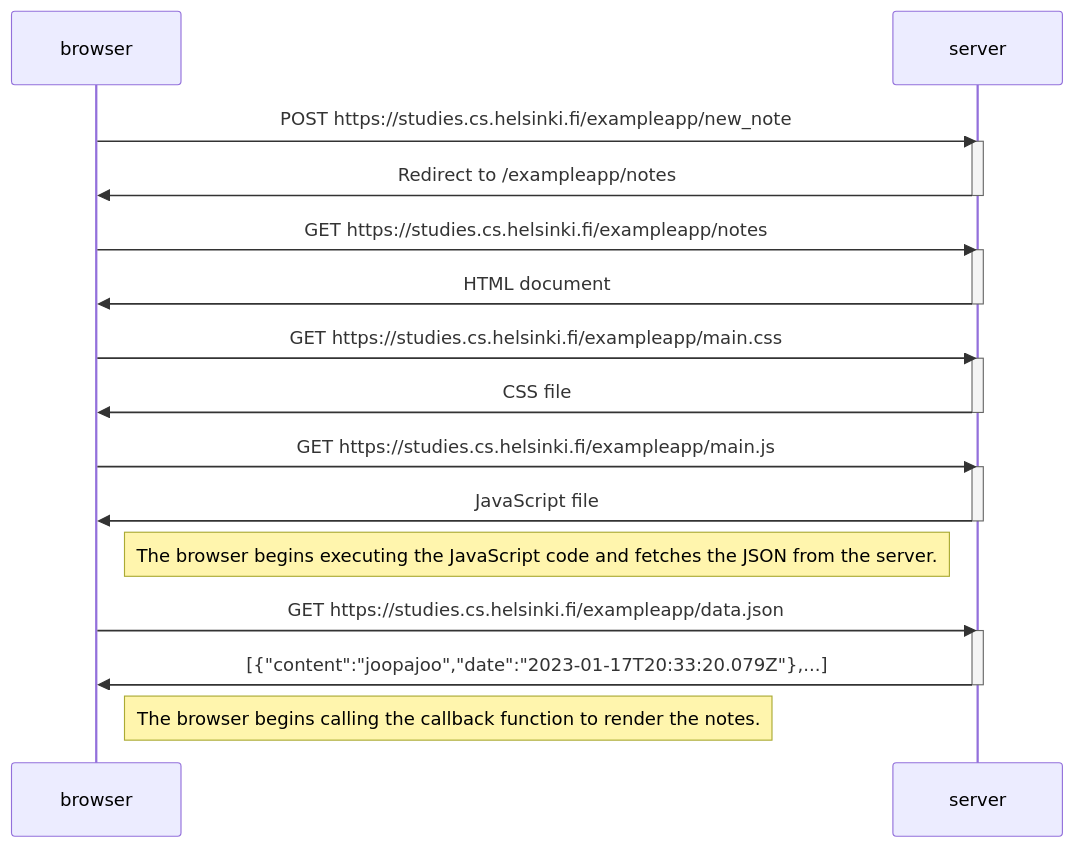
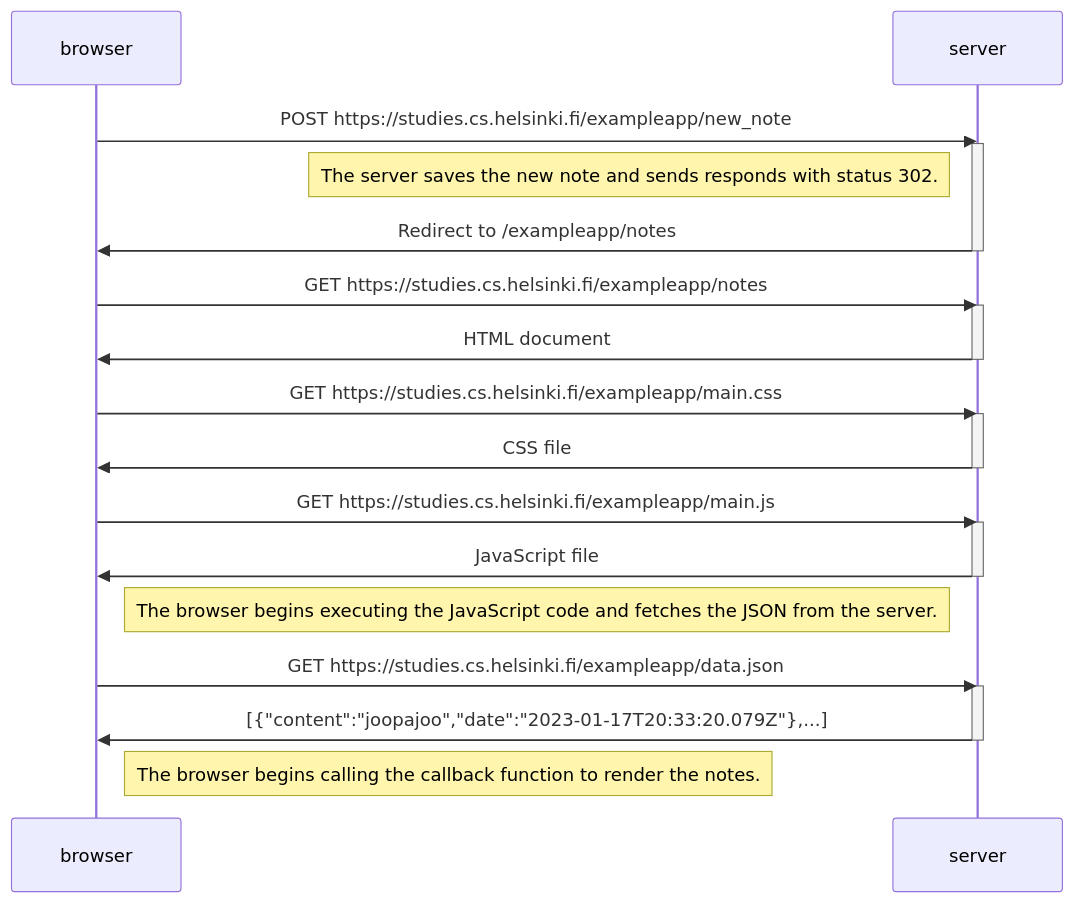
One commit to rtapper1/fullstackopen2022 changed the diagram in Osa0/0-4 Uusi muistiinpano.md. Above: the diagram before and after it, drawn with Mermaid.

Commit message:
Added a note

````diff
--- a/Osa0/0-4 Uusi muistiinpano.md
+++ b/Osa0/0-4 Uusi muistiinpano.md
@@ -1,34 +1,35 @@
 ```mermaid
 sequenceDiagram;
     participant browser;
     participant server;
 
     browser->>server: POST https://studies.cs.helsinki.fi/exampleapp/new_note;
     activate server;
+    Note left of server: The server saves the new note and sends responds with status 302.;
     server->>browser: Redirect to /exampleapp/notes;
     deactivate server;
 
     browser->>server: GET https://studies.cs.helsinki.fi/exampleapp/notes;
     activate server;
     server->>browser: HTML document;
     deactivate server;
 
     browser->>server: GET https://studies.cs.helsinki.fi/exampleapp/main.css;
     activate server;
     server->>browser: CSS file;
     deactivate server;
 
     browser->>server: GET https://studies.cs.helsinki.fi/exampleapp/main.js;
     activate server;
     server->>browser: JavaScript file;
     deactivate server;
 
     Note right of browser: The browser begins executing the JavaScript code and fetches the JSON from the server.;
 
     browser->>server: GET https://studies.cs.helsinki.fi/exampleapp/data.json;
     activate server;
     server->>browser: [{"content":"joopajoo","date":"2023-01-17T20:33:20.079Z"},...];
     deactivate server;
 
     Note right of browser: The browser begins calling the callback function to render the notes.;
 ```
````
